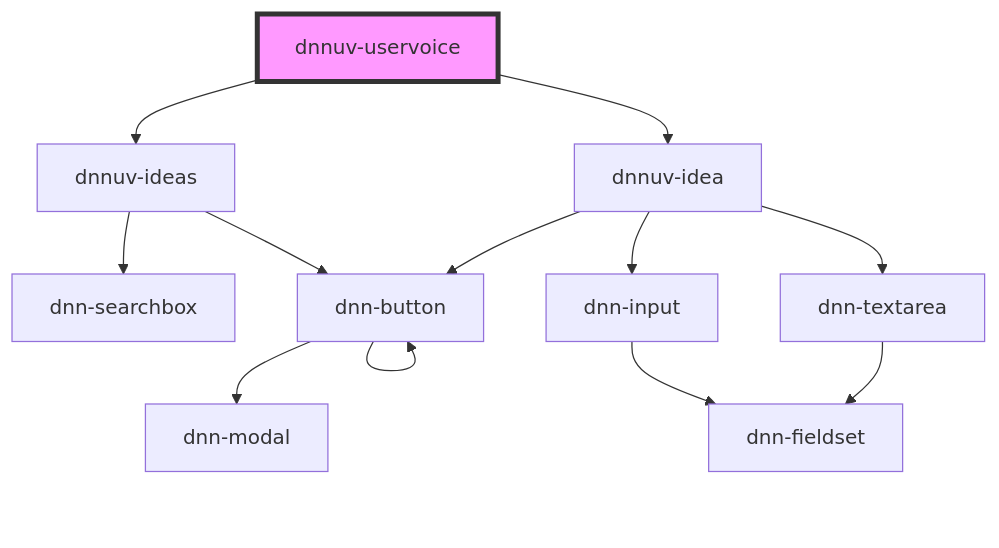
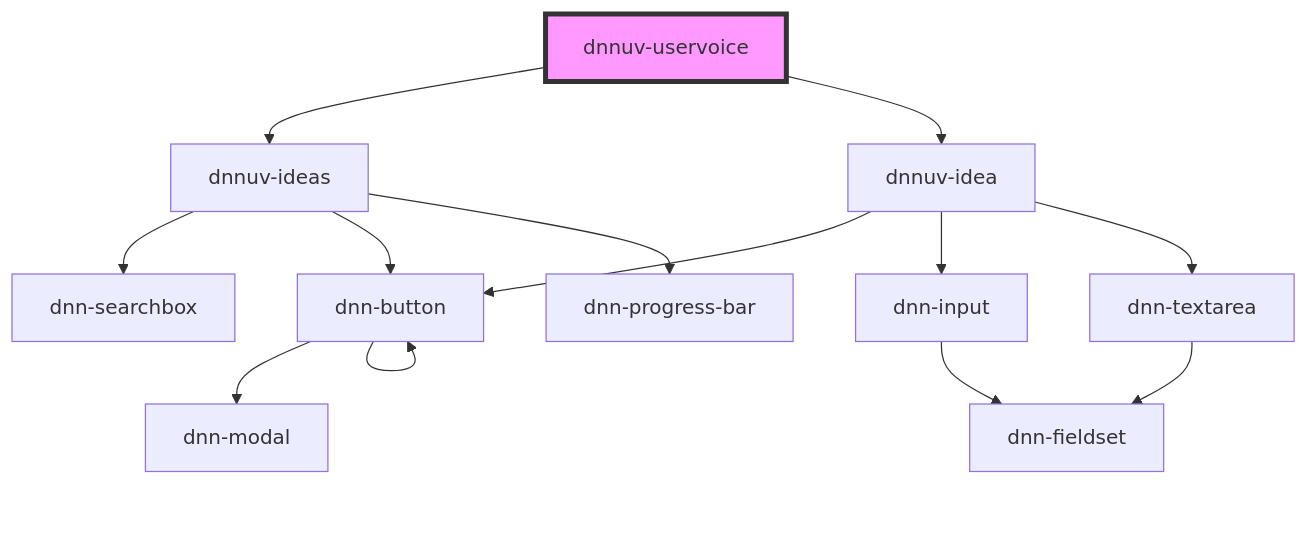
Before and after one commit to DNNCommunity/DNN.UserVoice: the diagram in module.web/src/components/dnnuv-uservoice/readme.md, drawn with Mermaid. The commit also changed 21 other files, not shown here.

````diff
--- a/module.web/src/components/dnnuv-uservoice/readme.md
+++ b/module.web/src/components/dnnuv-uservoice/readme.md
@@ -24,15 +24,16 @@
 ```mermaid
 graph TD;
   dnnuv-uservoice --> dnnuv-ideas
   dnnuv-uservoice --> dnnuv-idea
   dnnuv-ideas --> dnn-searchbox
   dnnuv-ideas --> dnn-button
+  dnnuv-ideas --> dnn-progress-bar
   dnn-button --> dnn-modal
   dnn-button --> dnn-button
   dnnuv-idea --> dnn-button
   dnnuv-idea --> dnn-input
   dnnuv-idea --> dnn-textarea
   dnn-input --> dnn-fieldset
   dnn-textarea --> dnn-fieldset
   style dnnuv-uservoice fill:#f9f,stroke:#333,stroke-width:4px
 ```
````
